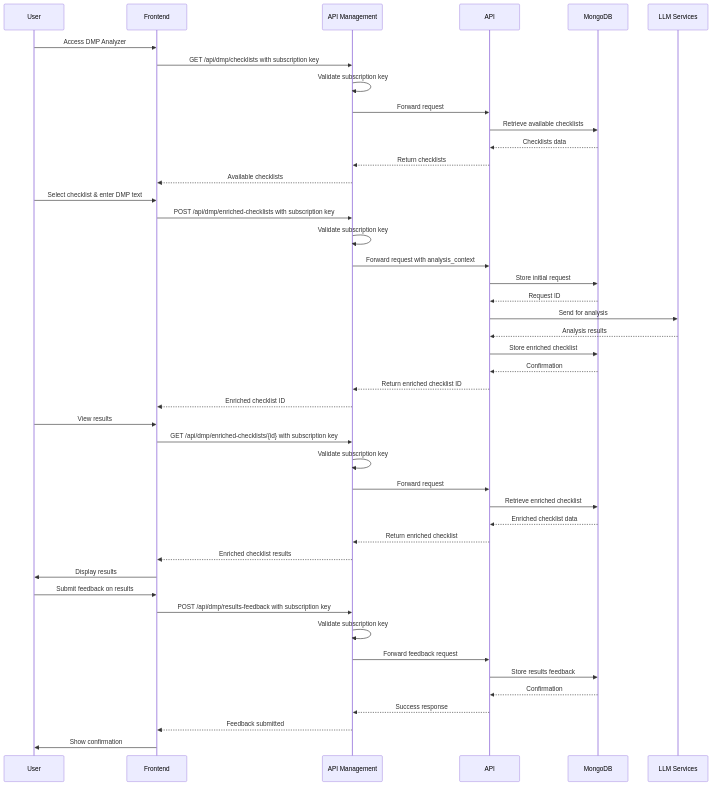
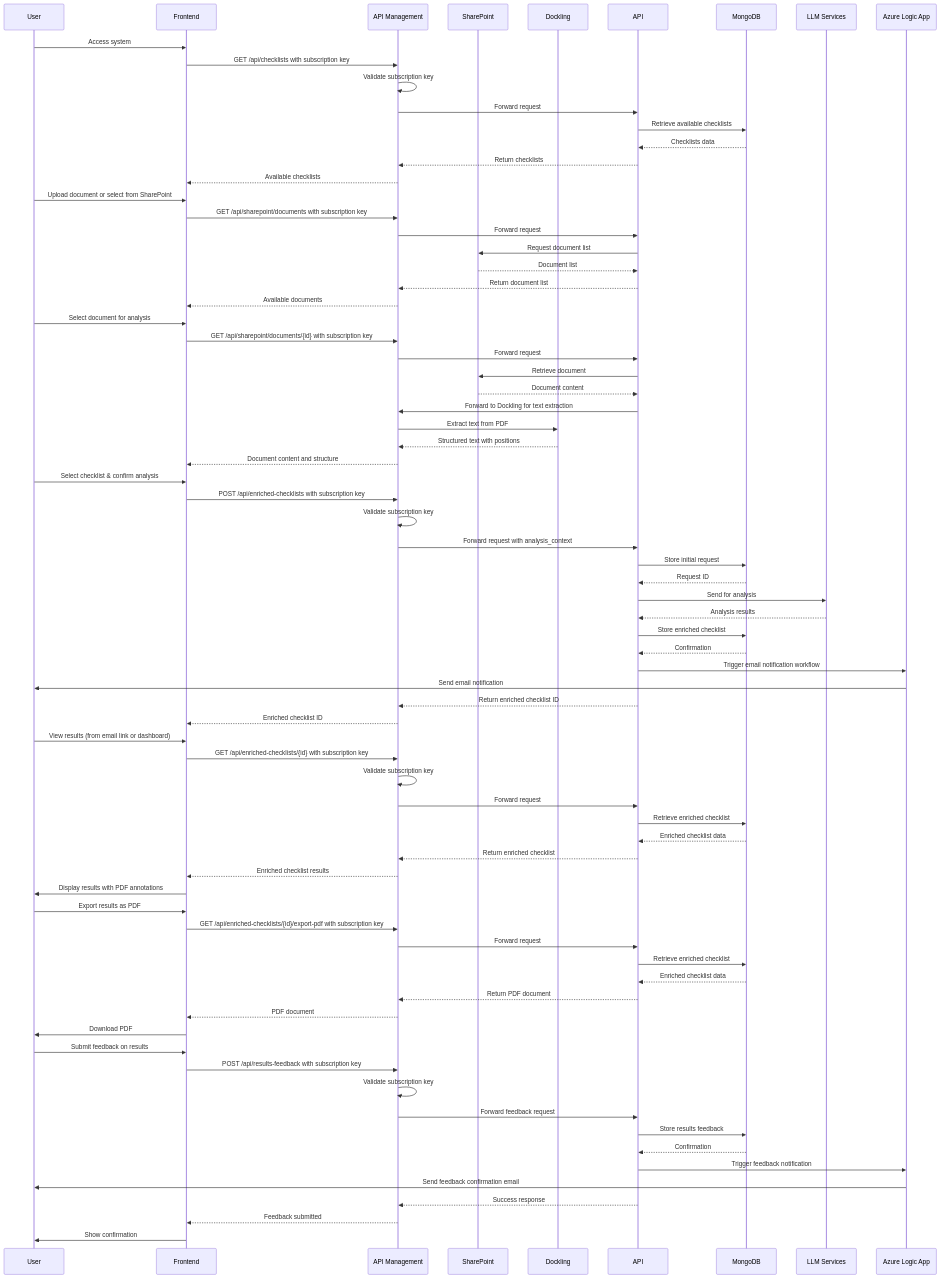
The third of 3 diagrams in docs/architecture_diagram.md (Vaikuttava-Yritys/dmp-analyser-frontend), drawn with Mermaid before and after one commit. The commit also changed other lines of this file and 2 other files, not shown here.

Commit message:
updated architecture

```diff
--- a/docs/architecture_diagram.md
+++ b/docs/architecture_diagram.md
@@ -131,12 +166,15 @@
     participant User
     participant Frontend
     participant APIM as API Management
+    participant SharePoint
+    participant Dockling
     participant API
     participant DB as MongoDB
     participant LLM as LLM Services
+    participant LogicApp as Azure Logic App
     
-    User->>Frontend: Access DMP Analyzer
-    Frontend->>APIM: GET /api/dmp/checklists with subscription key
+    User->>Frontend: Access system
+    Frontend->>APIM: GET /api/checklists with subscription key
     APIM->>APIM: Validate subscription key
     APIM->>API: Forward request
     API->>DB: Retrieve available checklists
@@ -144,8 +182,26 @@
     API-->>APIM: Return checklists
     APIM-->>Frontend: Available checklists
     
-    User->>Frontend: Select checklist & enter DMP text
-    Frontend->>APIM: POST /api/dmp/enriched-checklists with subscription key
+    User->>Frontend: Upload document or select from SharePoint
+    Frontend->>APIM: GET /api/sharepoint/documents with subscription key
+    APIM->>API: Forward request
+    API->>SharePoint: Request document list
+    SharePoint-->>API: Document list
+    API-->>APIM: Return document list
+    APIM-->>Frontend: Available documents
+    
+    User->>Frontend: Select document for analysis
+    Frontend->>APIM: GET /api/sharepoint/documents/{id} with subscription key
+    APIM->>API: Forward request
+    API->>SharePoint: Retrieve document
+    SharePoint-->>API: Document content
+    API->>APIM: Forward to Dockling for text extraction
+    APIM->>Dockling: Extract text from PDF
+    Dockling-->>APIM: Structured text with positions
+    APIM-->>Frontend: Document content and structure
+    
+    User->>Frontend: Select checklist & confirm analysis
+    Frontend->>APIM: POST /api/enriched-checklists with subscription key
     APIM->>APIM: Validate subscription key
     APIM->>API: Forward request with analysis_context
     API->>DB: Store initial request
@@ -154,25 +210,38 @@
     LLM-->>API: Analysis results
     API->>DB: Store enriched checklist
     DB-->>API: Confirmation
+    API->>LogicApp: Trigger email notification workflow
+    LogicApp->>User: Send email notification
     API-->>APIM: Return enriched checklist ID
     APIM-->>Frontend: Enriched checklist ID
     
-    User->>Frontend: View results
-    Frontend->>APIM: GET /api/dmp/enriched-checklists/{id} with subscription key
+    User->>Frontend: View results (from email link or dashboard)
+    Frontend->>APIM: GET /api/enriched-checklists/{id} with subscription key
     APIM->>APIM: Validate subscription key
     APIM->>API: Forward request
     API->>DB: Retrieve enriched checklist
     DB-->>API: Enriched checklist data
     API-->>APIM: Return enriched checklist
     APIM-->>Frontend: Enriched checklist results
-    Frontend->>User: Display results
+    Frontend->>User: Display results with PDF annotations
+    
+    User->>Frontend: Export results as PDF
+    Frontend->>APIM: GET /api/enriched-checklists/{id}/export-pdf with subscription key
+    APIM->>API: Forward request
+    API->>DB: Retrieve enriched checklist
+    DB-->>API: Enriched checklist data
+    API-->>APIM: Return PDF document
+    APIM-->>Frontend: PDF document
+    Frontend->>User: Download PDF
     
     User->>Frontend: Submit feedback on results
-    Frontend->>APIM: POST /api/dmp/results-feedback with subscription key
+    Frontend->>APIM: POST /api/results-feedback with subscription key
     APIM->>APIM: Validate subscription key
     APIM->>API: Forward feedback request
     API->>DB: Store results feedback
     DB-->>API: Confirmation
+    API->>LogicApp: Trigger feedback notification
+    LogicApp->>User: Send feedback confirmation email
     API-->>APIM: Success response
     APIM-->>Frontend: Feedback submitted
     Frontend->>User: Show confirmation
```
